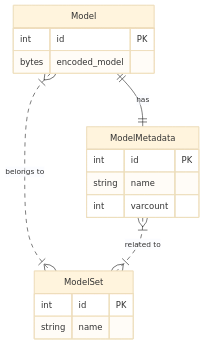
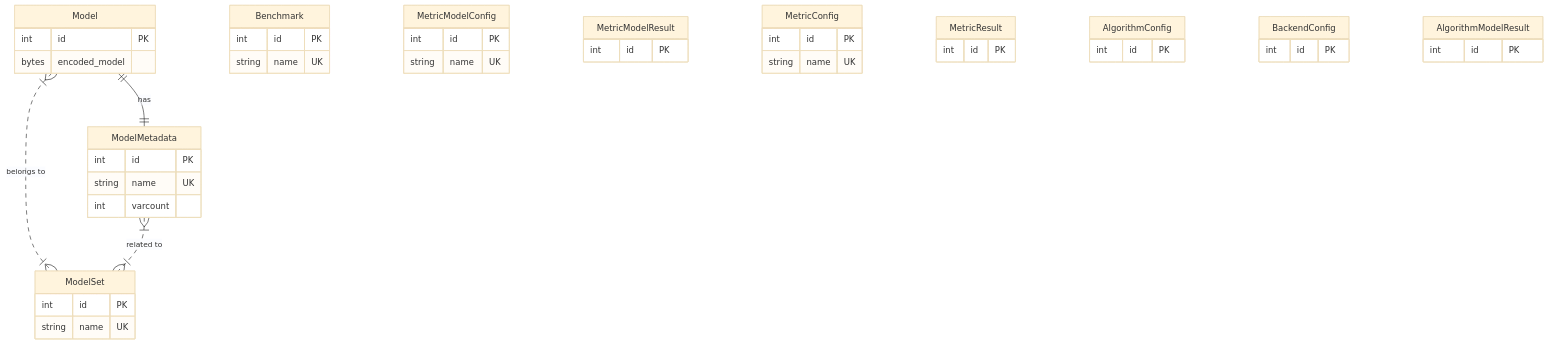
One commit to aqarios/luna-bench changed the diagram in docs/database.md. Above: the diagram before and after it, drawn with Mermaid (base theme). The commit also changed 23 other files, not shown here.

````diff
--- a/docs/database.md
+++ b/docs/database.md
@@ -1,24 +1,59 @@
 ```mermaid
 erDiagram
     Model ||--|| ModelMetadata: has
     Model }|..|{ ModelSet: "belongs to"
     ModelMetadata }|..|{ ModelSet: "related to"
 
     Model {
         int id PK
         bytes encoded_model
     }
 
     ModelMetadata {
         int id PK
-        string name
+        string name UK
         int varcount
     }
 
     ModelSet {
         int id PK
-        string name
+        string name UK
+    }
+
+    Benchmark {
+        int id PK
+        string name UK
+    }
+
+    MetricModelConfig {
+        int id PK
+        string name UK
+    }
+
+    MetricModelResult {
+        int id PK
+    }
+
+    MetricConfig {
+        int id PK
+        string name UK
+    }
+
+    MetricResult {
+        int id PK
+    }
+
+    AlgorithmConfig {
+        int id PK
+    }
+
+    BackendConfig {
+        int id PK
+    }
+
+    AlgorithmModelResult {
+        int id PK
     }
 
 
 ```
````
